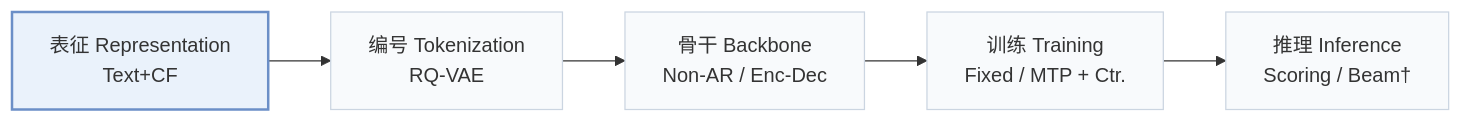
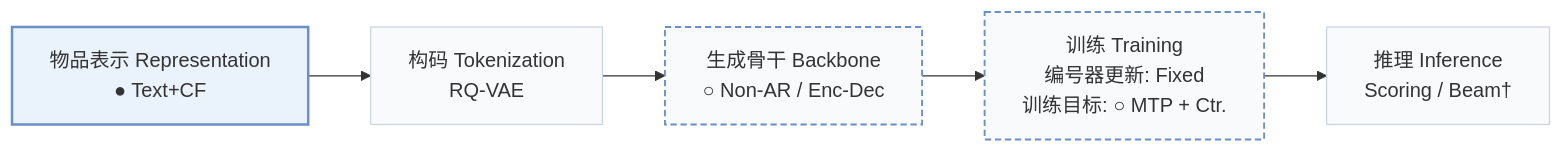
Before and after one commit to Galaxy-ghost/Awesome-SID-Generative-Rec: the first of 2 diagrams in pages/zh/papers/screc.md, drawn with Mermaid. The commit also changed other lines of this file and 558 other files, not shown here.

````diff
--- a/pages/zh/papers/screc.md
+++ b/pages/zh/papers/screc.md
@@ -15,8 +18,10 @@
 ```mermaid
 flowchart LR
-    R["表征 Representation<br/>Text+CF"] --> T["编号 Tokenization<br/>RQ-VAE"] --> B["骨干 Backbone<br/>Non-AR / Enc-Dec"] --> TR["训练 Training<br/>Fixed / MTP + Ctr."] --> I["推理 Inference<br/>Scoring / Beam†"]
+    R["物品表示 Representation<br/>● Text+CF"] --> T["构码 Tokenization<br/>RQ-VAE"] --> B["生成骨干 Backbone<br/>○ Non-AR / Enc-Dec"] --> TR["训练 Training<br/>编号器更新: Fixed<br/>训练目标: ○ MTP + Ctr."] --> I["推理 Inference<br/>Scoring / Beam†"]
     classDef base fill:#f8fafc,stroke:#cbd5e1
     class R,T,B,TR,I base
+    classDef other fill:#f8fafc,stroke:#6b8fc7,stroke-width:1.5px,stroke-dasharray:5 3
+    class B,TR other
     classDef main fill:#eaf2fb,stroke:#6b8fc7,stroke-width:2px
     class R main
 ```
````
